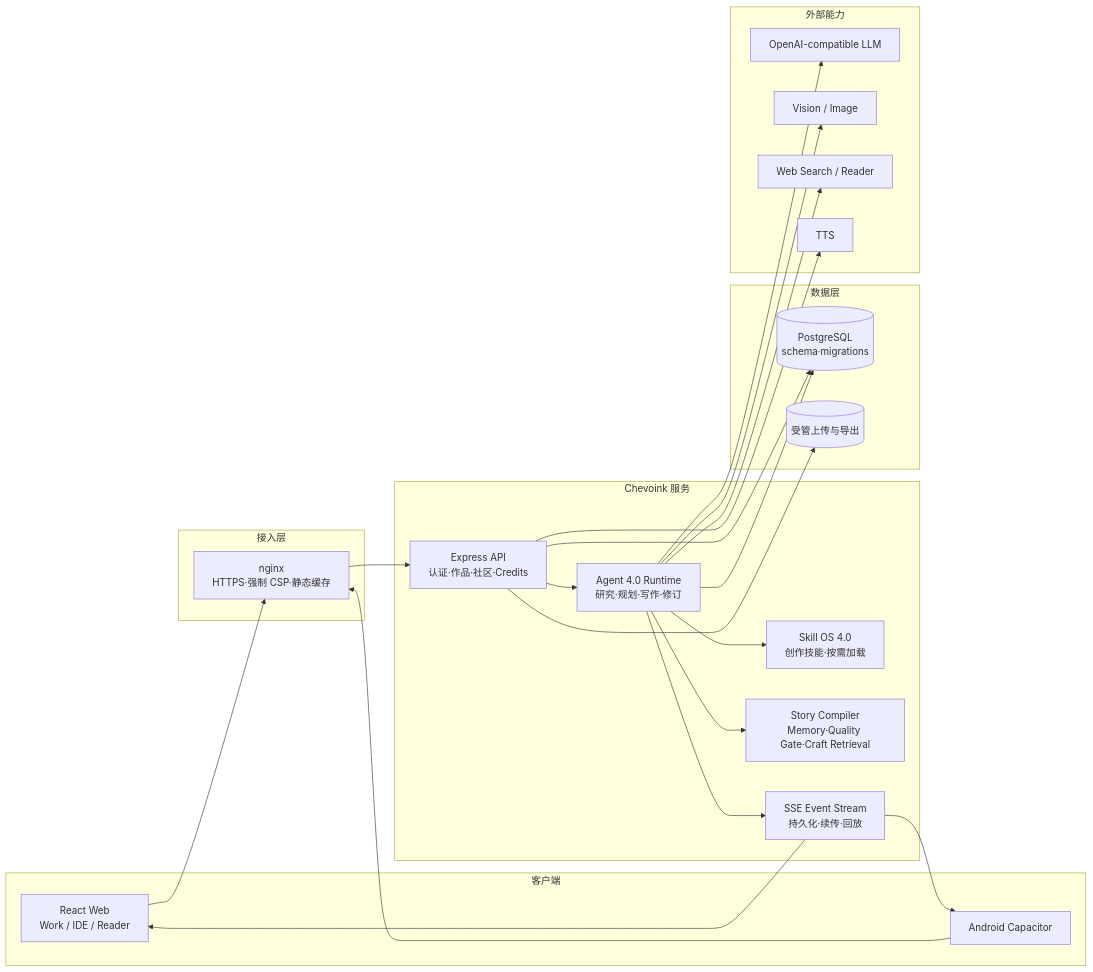
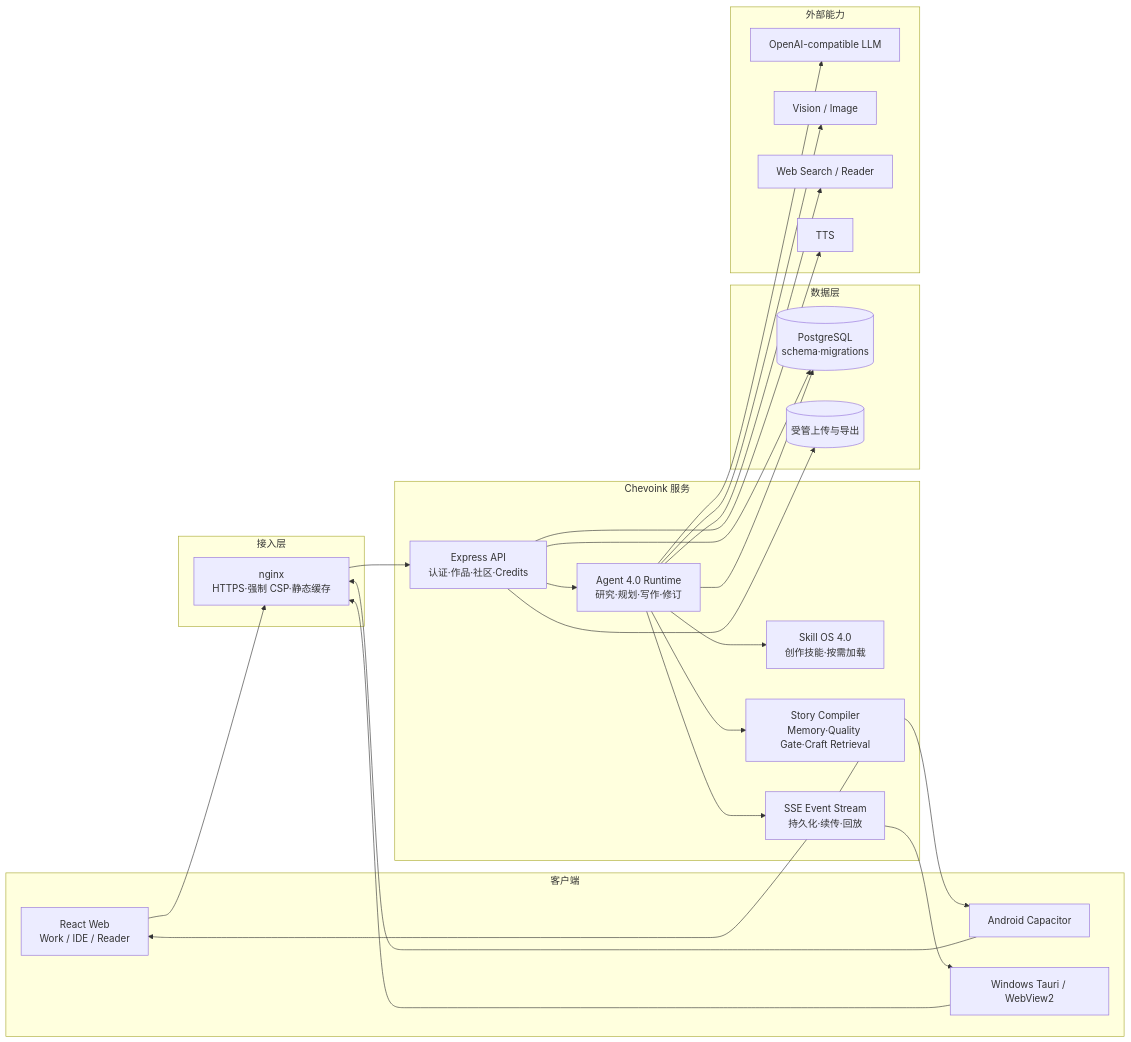
The second of 2 diagrams in data/readmes/Xcy8010__Chevoink.md (zqf20096327/dbhub_collect), drawn with Mermaid before and after one commit. The commit also changed other lines of this file and 900 other files, not shown here.

````diff
--- a/data/readmes/Xcy8010__Chevoink.md
+++ b/data/readmes/Xcy8010__Chevoink.md
@@ -91,43 +101,46 @@
 ```mermaid
 flowchart LR
   subgraph Client[客户端]
     WEB[React Web<br/>Work / IDE / Reader]
     APP[Android Capacitor]
+    WIN[Windows Tauri / WebView2]
   end
   subgraph Edge[接入层]
     NGINX[nginx<br/>HTTPS·强制 CSP·静态缓存]
   end
   subgraph Service[Chevoink 服务]
     API[Express API<br/>认证·作品·社区·Credits]
     LOOP[Agent 4.0 Runtime<br/>研究·规划·写作·修订]
     SKILL[Skill OS 4.0<br/>创作技能·按需加载]
     STORY[Story Compiler<br/>Memory·Quality Gate·Craft Retrieval]
     SSE[SSE Event Stream<br/>持久化·续传·回放]
   end
   subgraph Data[数据层]
     PG[(PostgreSQL<br/>schema·migrations)]
     FILES[(受管上传与导出)]
   end
   subgraph Providers[外部能力]
     LLM[OpenAI-compatible LLM]
     VISION[Vision / Image]
     SEARCH[Web Search / Reader]
     TTS[TTS]
   end
   WEB --> NGINX
   APP --> NGINX
+  WIN --> NGINX
   NGINX --> API
   API --> LOOP
   LOOP --> SKILL
   LOOP --> STORY
   LOOP --> SSE
   API --> PG
   LOOP --> PG
   API --> FILES
   LOOP --> LLM
   LOOP --> VISION
   LOOP --> SEARCH
   API --> TTS
   SSE --> WEB
   SSE --> APP
+  SSE --> WIN
 ```
````
